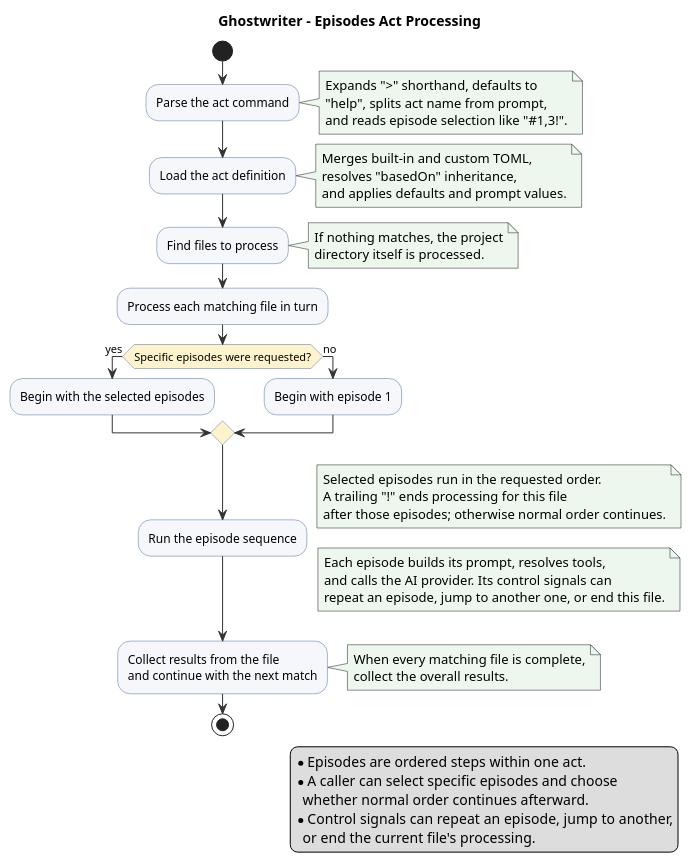
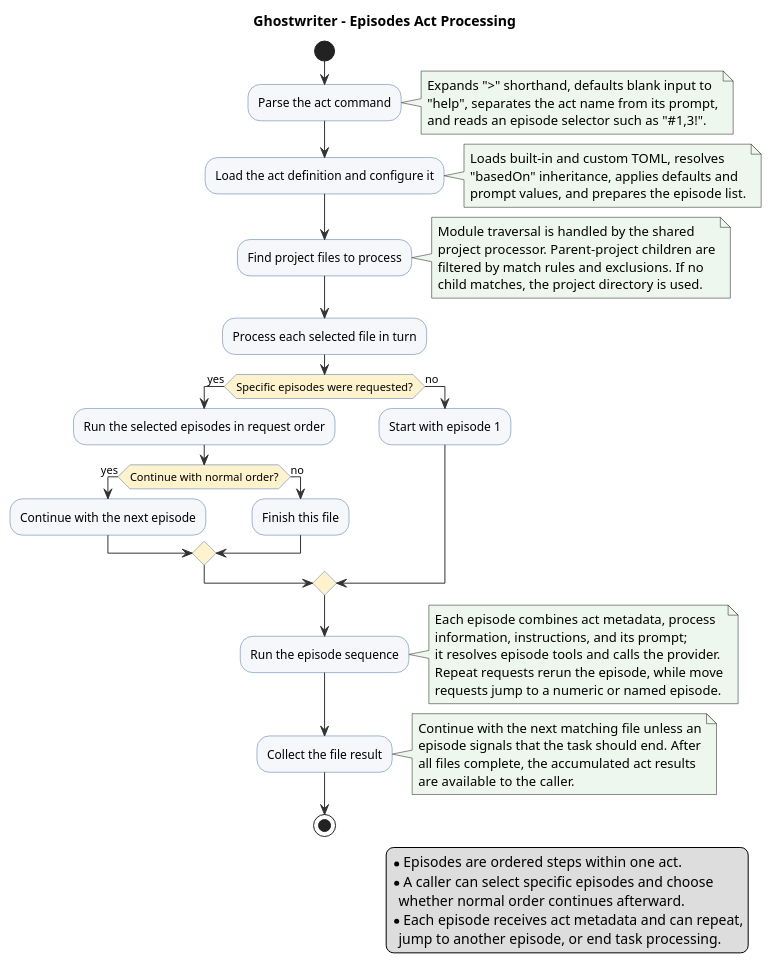
The diagram in src/site/puml/episodes-act-processing.puml (machanism-org/ghostwriter), drawn with PlantUML before and after one commit. The commit also changed 8 other files, not shown here.

Commit message:
docs: update guides and processing diagrams

```diff
--- a/src/site/puml/episodes-act-processing.puml
+++ b/src/site/puml/episodes-act-processing.puml
@@ -1,75 +1,79 @@
 @startuml
 ' @guidance:
 ' Create or update the PlantUML diagram describing the Episodes Act processing flow.
 ' Keep this diagram simple: a short linear flow with minimal partitions,
 ' one decision point, and explanatory notes instead of nested detail.
 
 
 title Ghostwriter - Episodes Act Processing
 
 skinparam ArrowColor #333333
 skinparam ActivityBackgroundColor #F5F7FA
 skinparam ActivityBorderColor #4A6FA5
 skinparam ActivityDiamondBackgroundColor #FFF3CD
 skinparam NoteBackgroundColor #EDF7ED
 
 start
 
 :Parse the act command;
 note right
-  Expands ">" shorthand, defaults to
-  "help", splits act name from prompt,
-  and reads episode selection like "#1,3!".
+  Expands ">" shorthand, defaults blank input to
+  "help", separates the act name from its prompt,
+  and reads an episode selector such as "#1,3!".
 end note
 
-:Load the act definition;
+:Load the act definition and configure it;
 note right
-  Merges built-in and custom TOML,
-  resolves "basedOn" inheritance,
-  and applies defaults and prompt values.
+  Loads built-in and custom TOML, resolves
+  "basedOn" inheritance, applies defaults and
+  prompt values, and prepares the episode list.
 end note
 
-:Find files to process;
+:Find project files to process;
 note right
-  If nothing matches, the project
-  directory itself is processed.
+  Module traversal is handled by the shared
+  project processor. Parent-project children are
+  filtered by match rules and exclusions. If no
+  child matches, the project directory is used.
 end note
 
-:Process each matching file in turn;
+:Process each selected file in turn;
 
 if (Specific episodes were requested?) then (yes)
-  :Begin with the selected episodes;
+  :Run the selected episodes in request order;
+  if (Continue with normal order?) then (yes)
+    :Continue with the next episode;
+  else (no)
+    :Finish this file;
+  endif
 else (no)
-  :Begin with episode 1;
+  :Start with episode 1;
 endif
 
 :Run the episode sequence;
 note right
-  Selected episodes run in the requested order.
-  A trailing "!" ends processing for this file
-  after those episodes; otherwise normal order continues.
+  Each episode combines act metadata, process
+  information, instructions, and its prompt;
+  it resolves episode tools and calls the provider.
+  Repeat requests rerun the episode, while move
+  requests jump to a numeric or named episode.
 end note
 
+:Collect the file result;
 note right
-  Each episode builds its prompt, resolves tools,
-  and calls the AI provider. Its control signals can
-  repeat an episode, jump to another one, or end this file.
-end note
-
-:Collect results from the file
-and continue with the next match;
-note right
-  When every matching file is complete,
-  collect the overall results.
+  Continue with the next matching file unless an
+  episode signals that the task should end. After
+  all files complete, the accumulated act results
+  are available to the caller.
 end note
 
 stop
 
 legend right
   * Episodes are ordered steps within one act.
   * A caller can select specific episodes and choose
     whether normal order continues afterward.
-  * Control signals can repeat an episode, jump to another,
-    or end the current file's processing.
+  * Each episode receives act metadata and can repeat,
+    jump to another episode, or end task processing.
 endlegend
 @enduml
```
